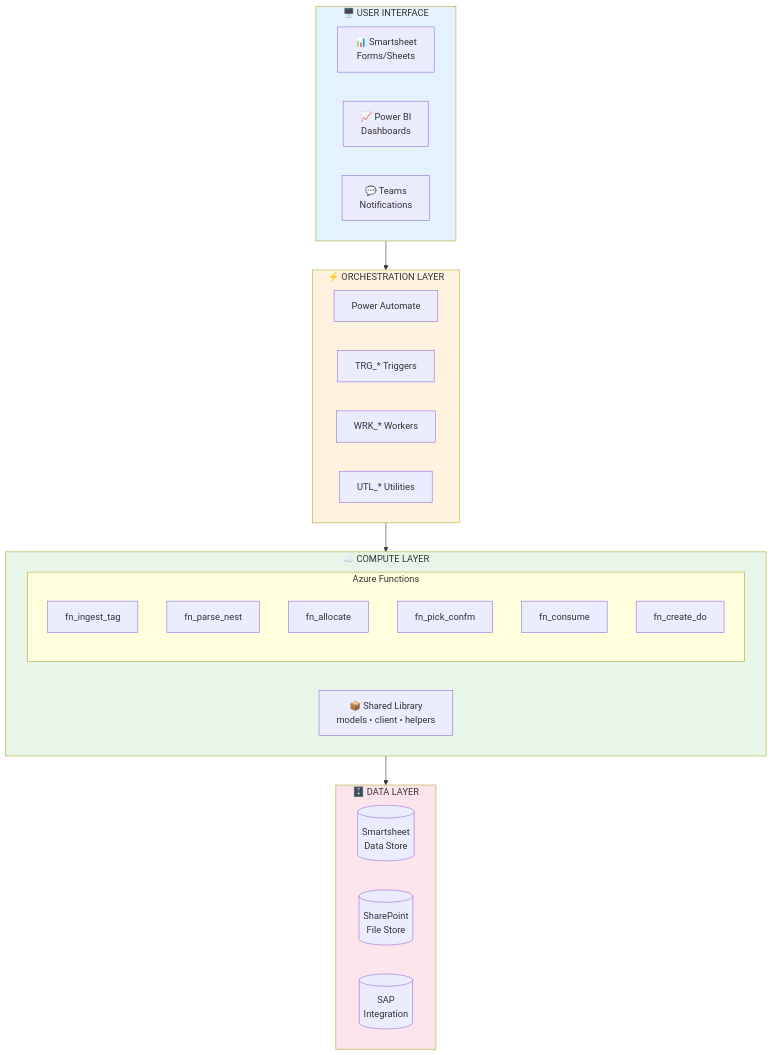
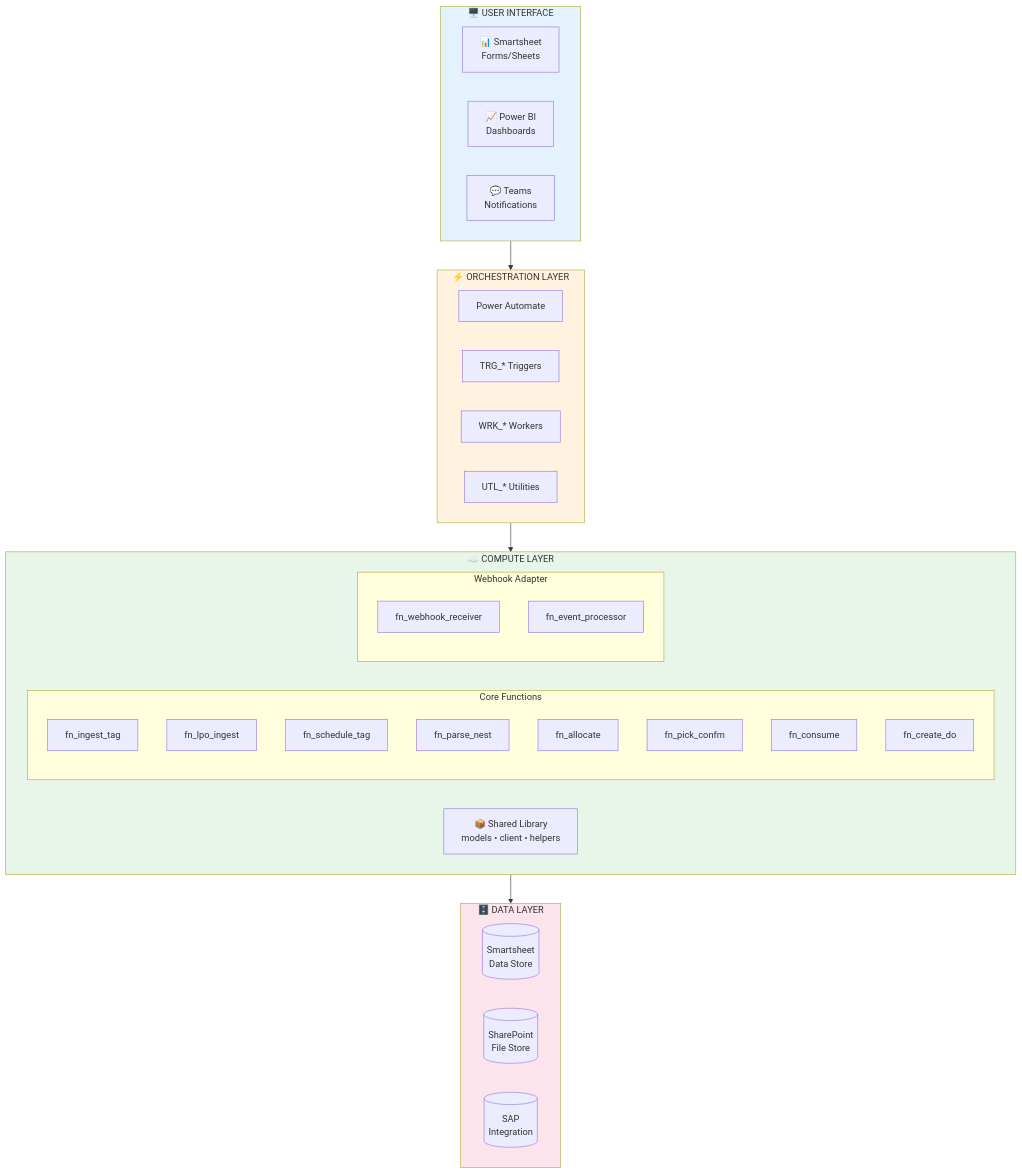
Before and after one commit to ahuraira/smartsheet-manufacturing-ops: the fifth of 12 diagrams in docs/architecture_overview.md, drawn with Mermaid. The commit also changed other lines of this file and 27 other files, not shown here.

Commit message:
v1.2.5: Smartsheet (EU) Webhook adapter configuration

````diff
--- a/docs/architecture_overview.md
+++ b/docs/architecture_overview.md
@@ -132,42 +132,48 @@
 ```mermaid
 flowchart TB
     subgraph UI["🖥️ USER INTERFACE"]
         SS[📊 Smartsheet<br/>Forms/Sheets]
         PBI[📈 Power BI<br/>Dashboards]
         Teams[💬 Teams<br/>Notifications]
     end
     
     subgraph Orch["⚡ ORCHESTRATION LAYER"]
         PA[Power Automate]
         TRG["TRG_* Triggers"]
         WRK["WRK_* Workers"]
         UTL["UTL_* Utilities"]
     end
     
     subgraph Compute["☁️ COMPUTE LAYER"]
-        subgraph Functions[Azure Functions]
+        subgraph Functions["Core Functions"]
             FN1[fn_ingest_tag]
+            FN7[fn_lpo_ingest]
+            FN8[fn_schedule_tag]
             FN2[fn_parse_nest]
             FN3[fn_allocate]
             FN4[fn_pick_confm]
             FN5[fn_consume]
             FN6[fn_create_do]
+        end
+        subgraph Webhooks["Webhook Adapter"]
+            WH1[fn_webhook_receiver]
+            WH2[fn_event_processor]
         end
         Shared[📦 Shared Library<br/>models • client • helpers]
     end
     
     subgraph Data["🗄️ DATA LAYER"]
         SSData[(Smartsheet<br/>Data Store)]
         SP[(SharePoint<br/>File Store)]
         SAP[(SAP<br/>Integration)]
     end
     
     UI --> Orch
     Orch --> Compute
     Compute --> Data
     
     style UI fill:#E3F2FD
     style Orch fill:#FFF3E0
     style Compute fill:#E8F5E9
     style Data fill:#FCE4EC
 ```
````
